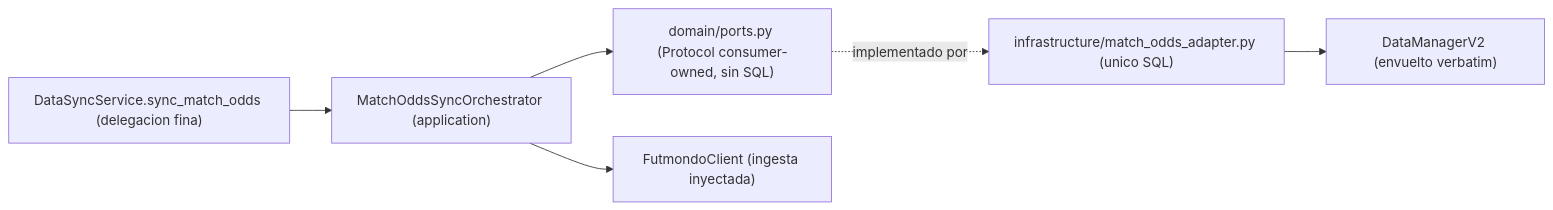
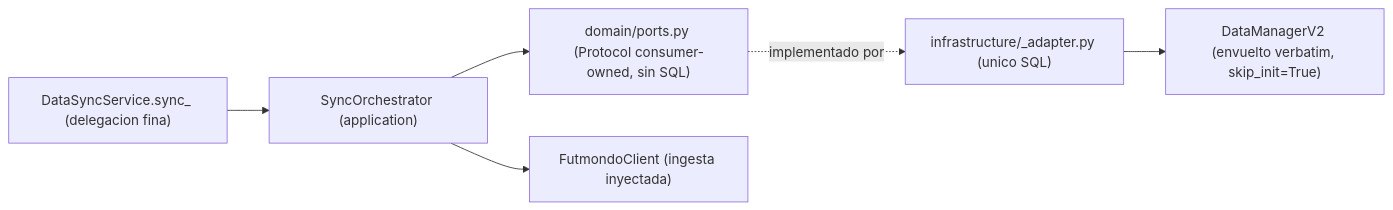
Before and after one commit to Mutinho/futmondo-analytics: the fourth of 4 diagrams in aidlc/spaces/default/codekb/futmondo-analytics/architecture.md, drawn with Mermaid. The commit also changed other lines of this file and 56 other files, not shown here.

````diff
--- a/aidlc/spaces/default/codekb/futmondo-analytics/architecture.md
+++ b/aidlc/spaces/default/codekb/futmondo-analytics/architecture.md
@@ -143,8 +146,8 @@
 ```mermaid
 graph LR
-  DSS["DataSyncService.sync_match_odds (delegacion fina)"] --> ORCH["MatchOddsSyncOrchestrator (application)"]
+  DSS["DataSyncService.sync_<domain> (delegacion fina)"] --> ORCH["<Domain>SyncOrchestrator (application)"]
   ORCH --> PORT["domain/ports.py (Protocol consumer-owned, sin SQL)"]
   ORCH --> CLIENT["FutmondoClient (ingesta inyectada)"]
-  PORT -.implementado por.-> ADAPTER["infrastructure/match_odds_adapter.py (unico SQL)"]
-  ADAPTER --> DMV2["DataManagerV2 (envuelto verbatim)"]
+  PORT -.implementado por.-> ADAPTER["infrastructure/<domain>_adapter.py (unico SQL)"]
+  ADAPTER --> DMV2["DataManagerV2 (envuelto verbatim, skip_init=True)"]
 ```
````
